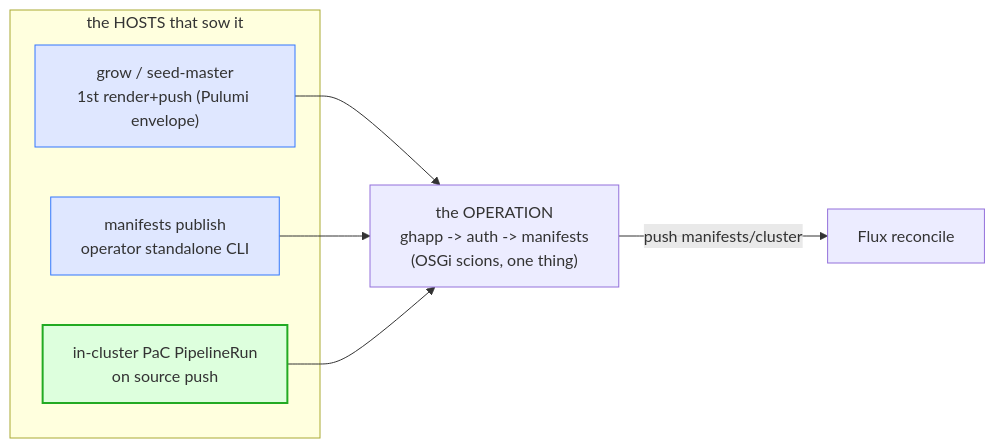
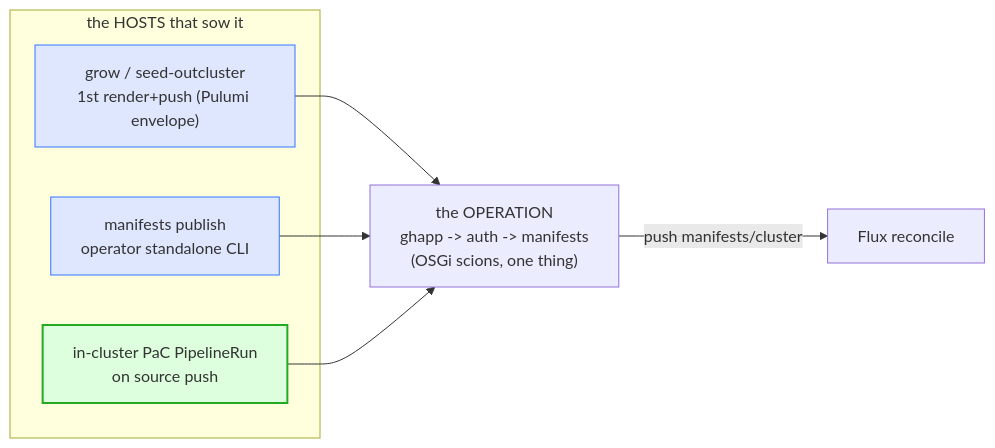
One commit to seedmatic/rke2lab changed the third of 3 diagrams in docs/architecture/atlas/manifests.adoc. Above: the diagram before and after it, drawn with Mermaid. The commit also changed 160 other files, not shown here.

First line of the commit message:
refactor(exec)!: `seed-master` → `seed-outcluster`, one axis for the whole chain

```diff
--- a/docs/architecture/atlas/manifests.adoc
+++ b/docs/architecture/atlas/manifests.adoc
@@ -272,18 +272,18 @@
 [mermaid]
 ....
 flowchart LR
   Op["the OPERATION<br/>ghapp -> auth -> manifests<br/>(OSGi scions, one thing)"]
   subgraph hosts ["the HOSTS that sow it"]
-    Grow["grow / seed-master<br/>1st render+push (Pulumi envelope)"]
+    Grow["grow / seed-outcluster<br/>1st render+push (Pulumi envelope)"]
     Pub["manifests publish<br/>operator standalone CLI"]
     PaC["in-cluster PaC PipelineRun<br/>on source push"]
   end
   Grow --> Op
   Pub --> Op
   PaC --> Op
   Op -->|push manifests/cluster| Flux["Flux reconcile"]
   classDef base fill:#dfe7ff,stroke:#37f;
   classDef tgt fill:#dfd,stroke:#2a2,stroke-width:2px;
   class Grow,Pub base;
   class PaC tgt;
 ....
```
